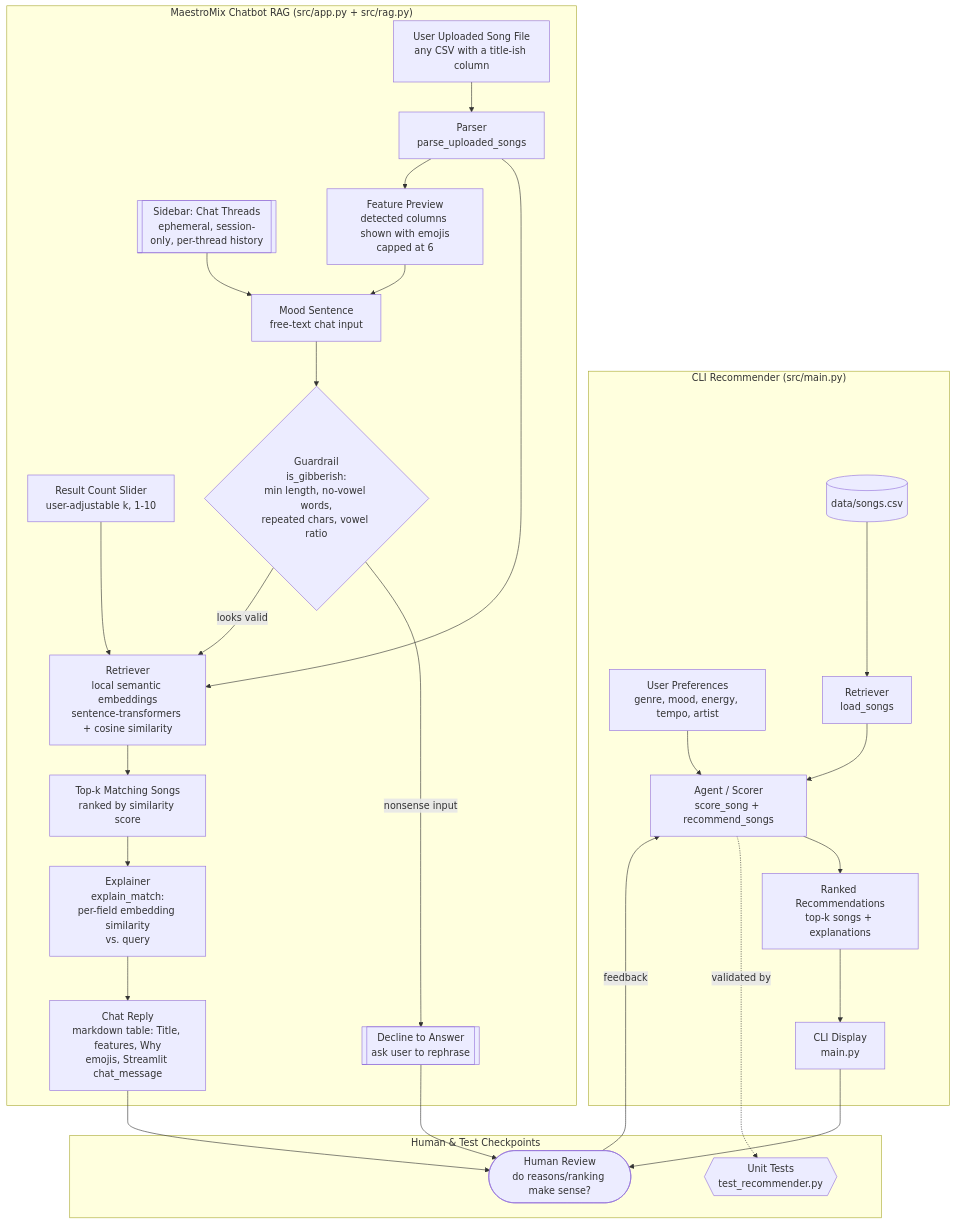
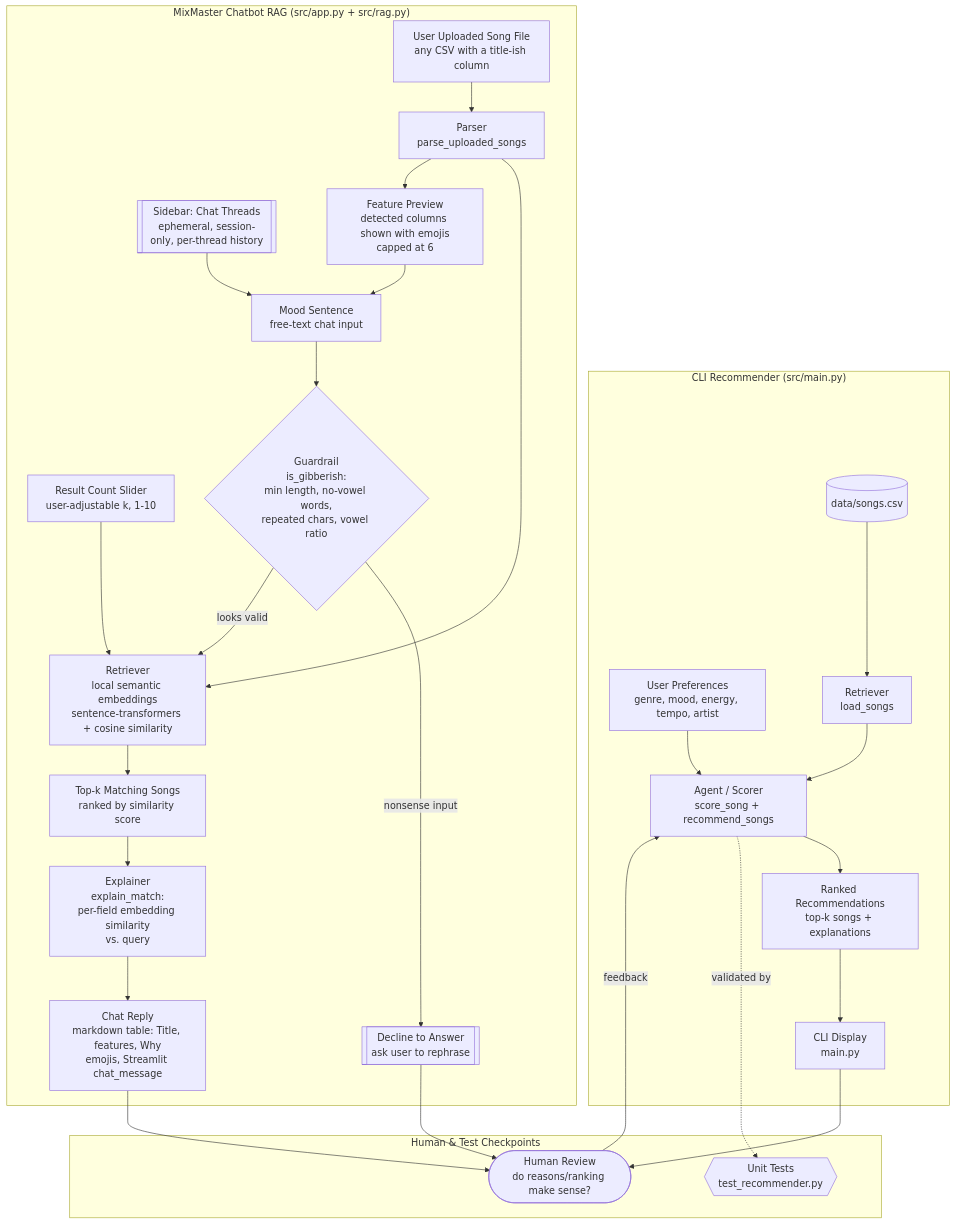
The diagram in diagrams/architecture.mmd (akmhossain/applied-ai-systems-project), drawn with Mermaid before and after one commit. The commit also changed 6 other files, not shown here.

First line of the commit message:
Rename to MixMaster, document RAG pipeline, and evaluate reliability

```diff
--- a/diagrams/architecture.mmd
+++ b/diagrams/architecture.mmd
@@ -1,53 +1,53 @@
 flowchart TD
     subgraph "CLI Recommender (src/main.py)"
         A[User Preferences\ngenre, mood, energy, tempo, artist]
         B[(data/songs.csv)]
         C[Retriever\nload_songs]
         D[Agent / Scorer\nscore_song + recommend_songs]
         E[Ranked Recommendations\ntop-k songs + explanations]
         F[CLI Display\nmain.py]
     end
 
-    subgraph "MaestroMix Chatbot RAG (src/app.py + src/rag.py)"
+    subgraph "MixMaster Chatbot RAG (src/app.py + src/rag.py)"
         SB[[Sidebar: Chat Threads\nephemeral, session-only, per-thread history]]
         M[User Uploaded Song File\nany CSV with a title-ish column]
         FP[Feature Preview\ndetected columns shown with emojis\ncapped at 6]
         K[Result Count Slider\nuser-adjustable k, 1-10]
         N[Mood Sentence\nfree-text chat input]
         S{Guardrail\nis_gibberish:\nmin length, no-vowel words,\nrepeated chars, vowel ratio}
         S2[[Decline to Answer\nask user to rephrase]]
         O[Parser\nparse_uploaded_songs]
         P[Retriever\nlocal semantic embeddings\nsentence-transformers + cosine similarity]
         Q[Top-k Matching Songs\nranked by similarity score]
         W[Explainer\nexplain_match:\nper-field embedding similarity\nvs. query]
         R[Chat Reply\nmarkdown table: Title, features, Why\nemojis, Streamlit chat_message]
     end
 
     subgraph "Human & Test Checkpoints"
         G{{Unit Tests\ntest_recommender.py}}
         H([Human Review\ndo reasons/ranking make sense?])
     end
 
     B --> C
     C --> D
     A --> D
     D --> E
     E --> F
     F --> H
     D -.validated by.-> G
     H -->|feedback| D
 
     SB --> N
     M --> O
     O --> P
     O --> FP
     FP --> N
     K --> P
     N --> S
     S -->|nonsense input| S2
     S2 --> H
     S -->|looks valid| P
     P --> Q
     Q --> W
     W --> R
     R --> H
```
